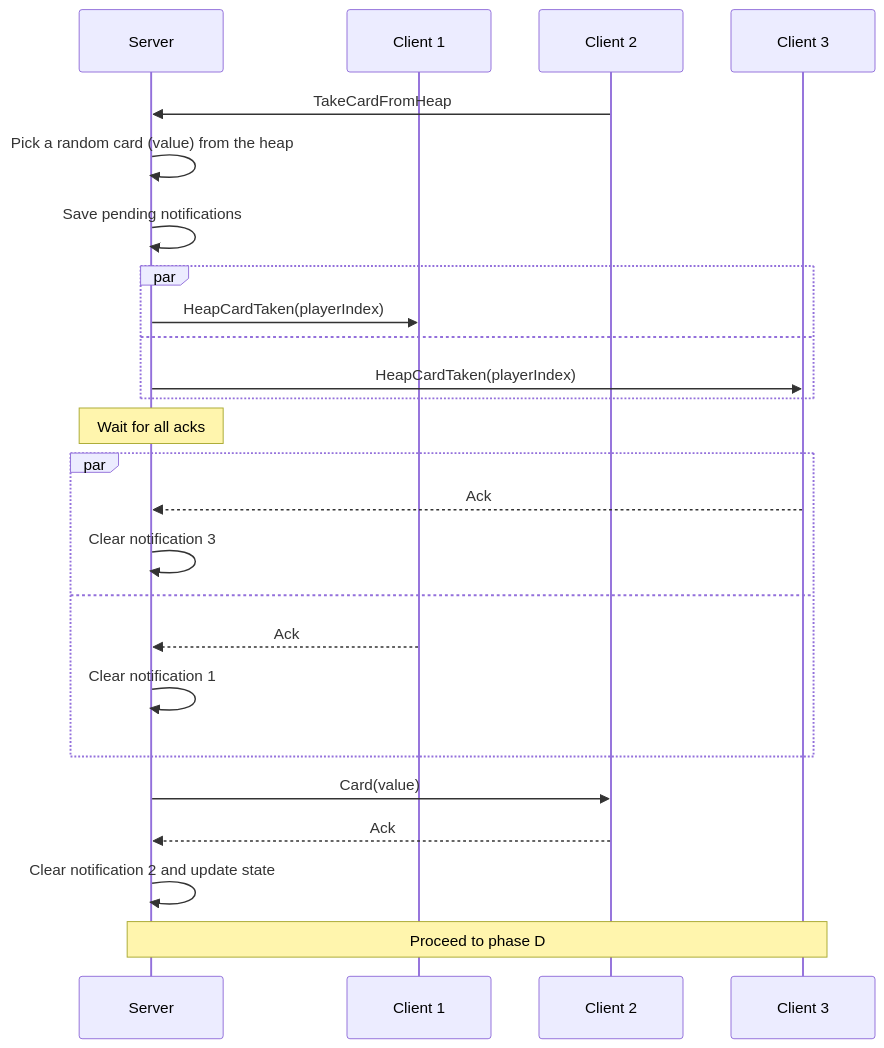
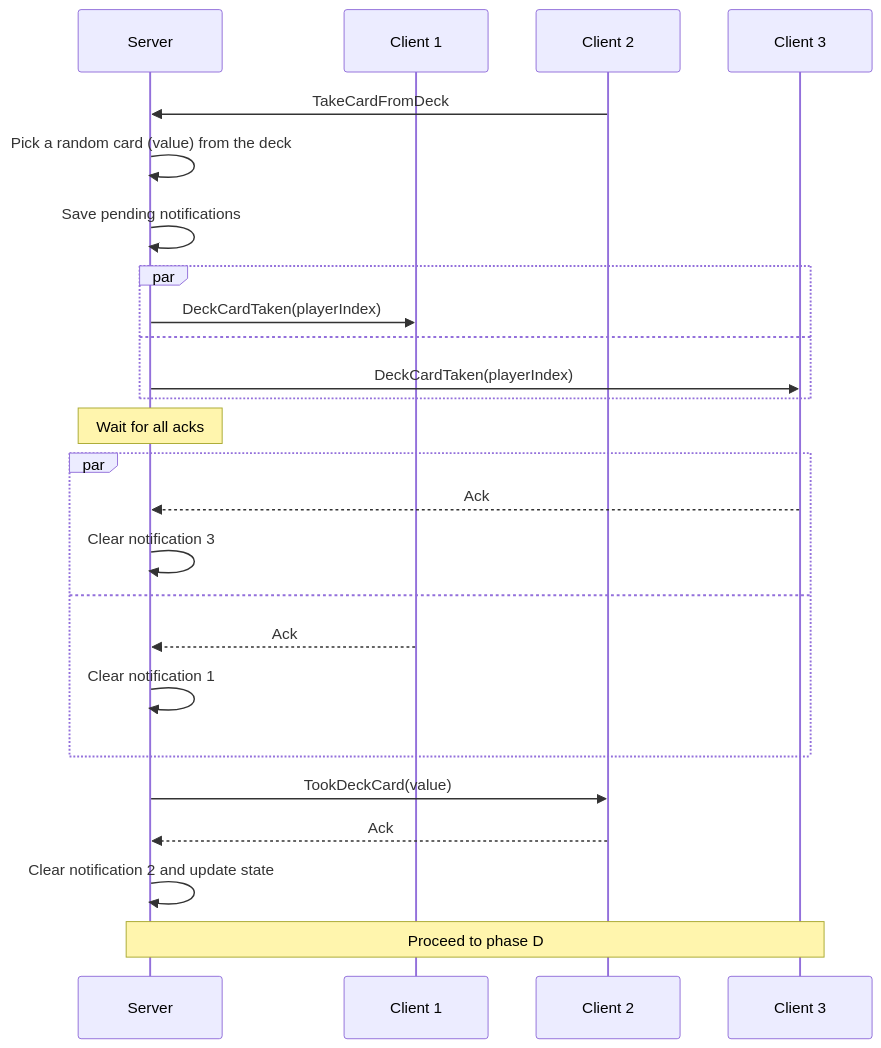
The fourth of 15 diagrams in README.md (roman-zubarevich/another), drawn with Mermaid before and after one commit. The commit also changed other lines of this file, not shown here.

````diff
--- a/README.md
+++ b/README.md
@@ -105,27 +105,27 @@
 ```mermaid
 sequenceDiagram
     participant S as Server
     participant C1 as Client 1
     participant C2 as Client 2
     participant C3 as Client 3
-    C2->>S: TakeCardFromHeap
-    S->>S: Pick a random card (value) from the heap
+    C2->>S: TakeCardFromDeck
+    S->>S: Pick a random card (value) from the deck
     S->>S: Save pending notifications
     par
-        S->>C1: HeapCardTaken(playerIndex)
+        S->>C1: DeckCardTaken(playerIndex)
     and
-        S->>C3: HeapCardTaken(playerIndex)
+        S->>C3: DeckCardTaken(playerIndex)
     end
     Note over S: Wait for all acks
     par
         C3-->>S: Ack
         S->>S: Clear notification 3
     and
         C1-->>S: Ack
         S->>S: Clear notification 1
     end
-    S->>C2: Card(value)
+    S->>C2: TookDeckCard(value)
     C2-->>S: Ack
     S->>S: Clear notification 2 and update state
     Note over S,C3: Proceed to phase D
 ```
````
